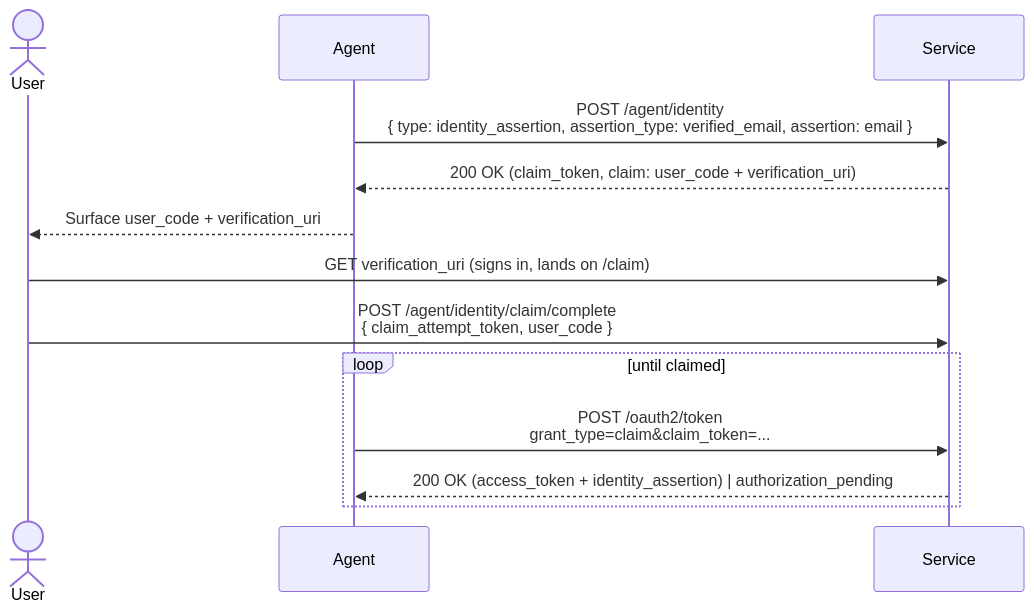
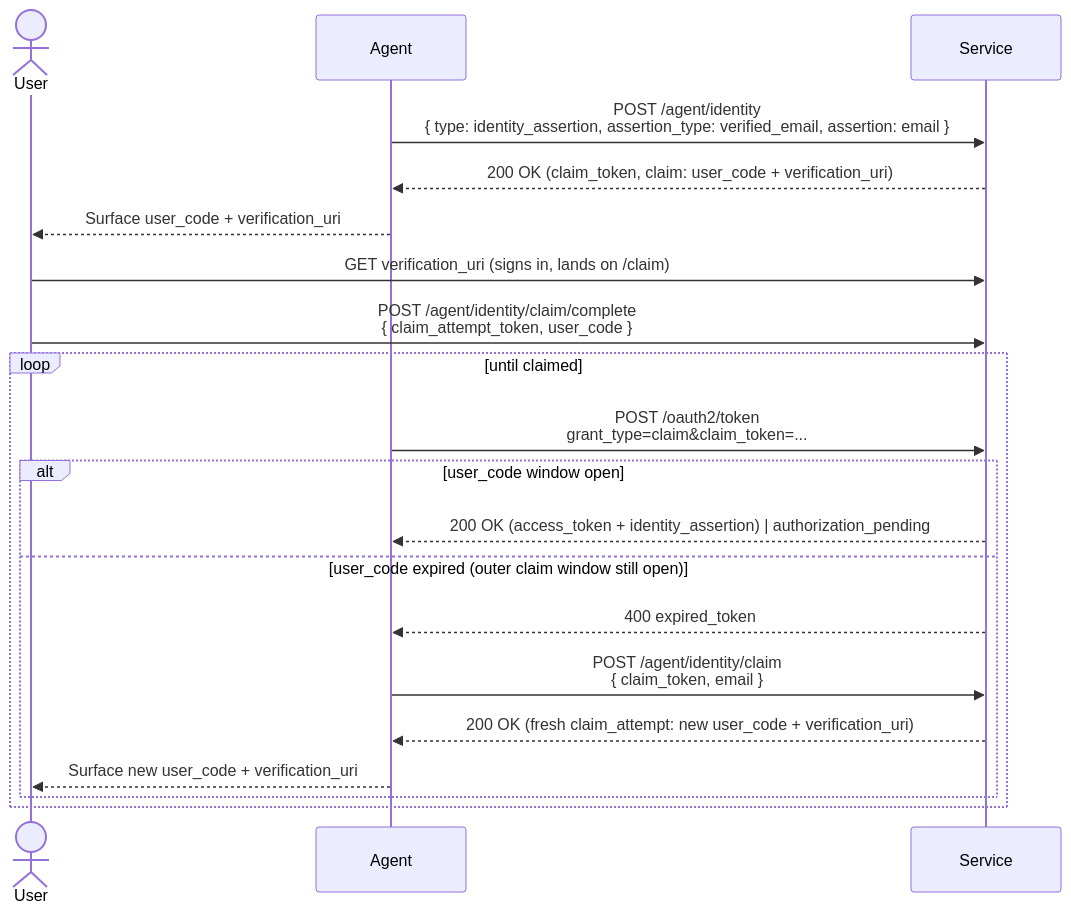
The second of 3 diagrams in README.md (timothybrush/auth.md), drawn with Mermaid before and after one commit. The commit also changed other lines of this file and 8 other files, not shown here.

````diff
--- a/README.md
+++ b/README.md
@@ -110,17 +110,24 @@
 ```mermaid
 sequenceDiagram
     actor User
     participant Agent
     participant Service
 
     Agent->>Service: POST /agent/identity<br/>{ type: identity_assertion, assertion_type: verified_email, assertion: email }
     Service-->>Agent: 200 OK (claim_token, claim: user_code + verification_uri)
     Agent-->>User: Surface user_code + verification_uri
     User->>Service: GET verification_uri (signs in, lands on /claim)
     User->>Service: POST /agent/identity/claim/complete<br/>{ claim_attempt_token, user_code }
 
     loop until claimed
       Agent->>Service: POST /oauth2/token<br/>grant_type=claim&claim_token=...
-      Service-->>Agent: 200 OK (access_token + identity_assertion) | authorization_pending
+      alt user_code window open
+        Service-->>Agent: 200 OK (access_token + identity_assertion) | authorization_pending
+      else user_code expired (outer claim window still open)
+        Service-->>Agent: 400 expired_token
+        Agent->>Service: POST /agent/identity/claim<br/>{ claim_token, email }
+        Service-->>Agent: 200 OK (fresh claim_attempt: new user_code + verification_uri)
+        Agent-->>User: Surface new user_code + verification_uri
+      end
     end
 ```
````
